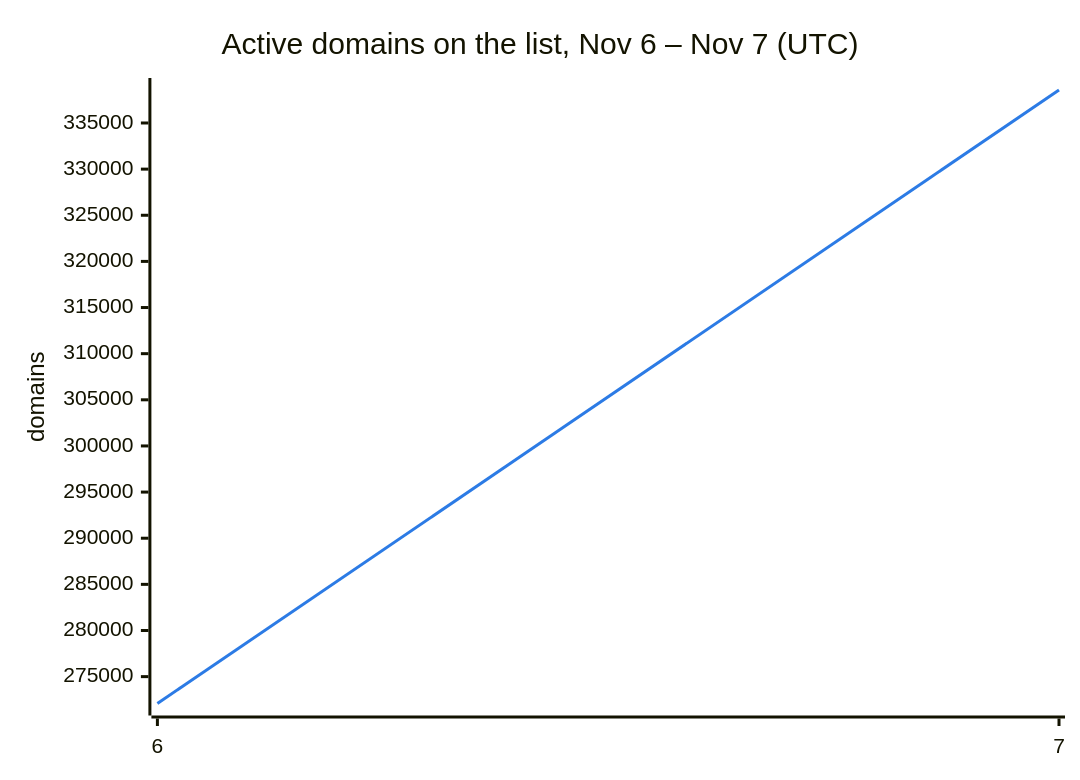
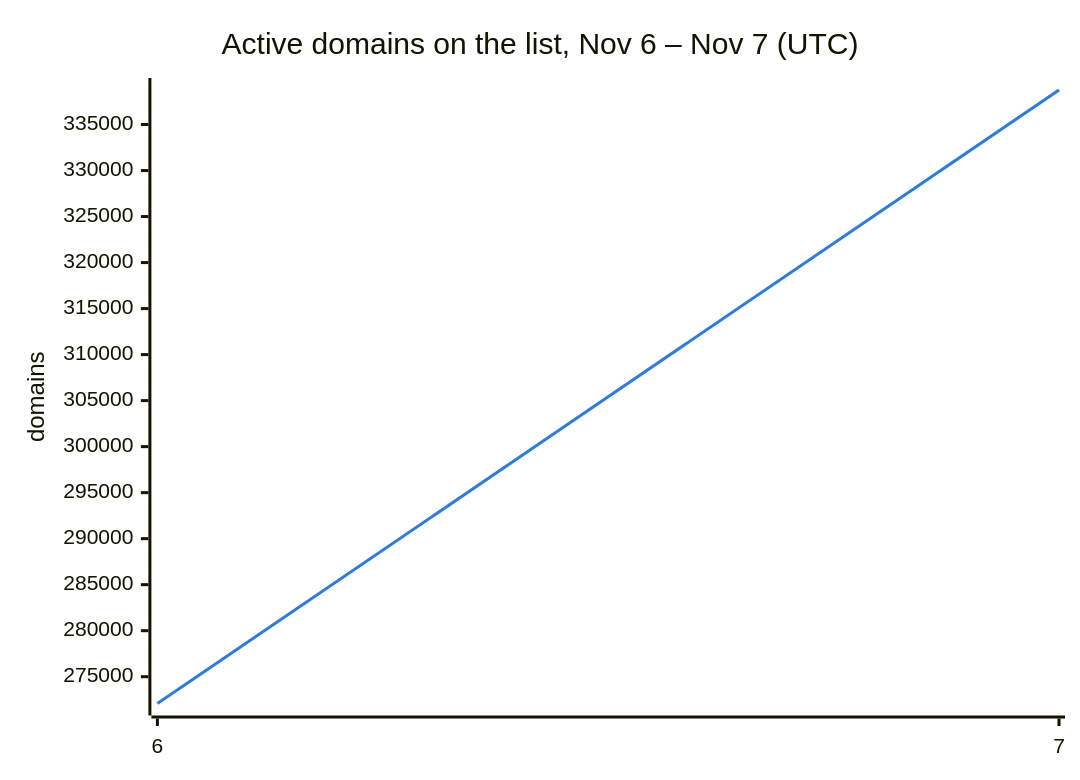
The second of 3 diagrams in README.md (DNSBunker/CTI), drawn with Mermaid before and after one commit. The commit also changed other lines of this file and 3 other files, not shown here.

````diff
--- a/README.md
+++ b/README.md
@@ -38,8 +38,8 @@
 ```mermaid
 %%{init: {"themeVariables": {"xyChart": {"plotColorPalette": "#2c7be5"}}}}%%
 xychart-beta
     title "Active domains on the list, Nov 6 – Nov 7 (UTC)"
     x-axis ["6", "7"]
     y-axis "domains"
-    line [272088, 338575]
+    line [272088, 338753]
 ```
````
